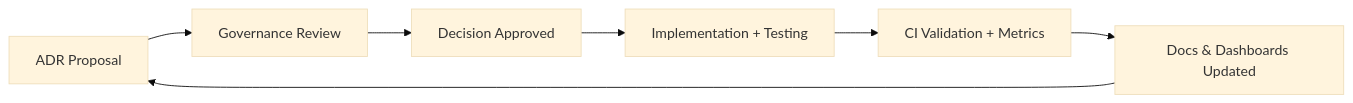
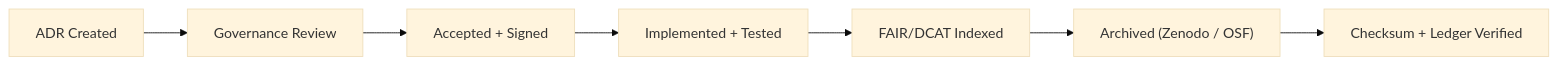
One commit to bartytime4life/Kansas-Frontier-Matrix changed the second of 2 diagrams in docs/design/reviews/architecture/templates/adr_template.md. Above: the diagram before and after it, drawn with Mermaid (base theme). The commit also changed other lines of this file, not shown here.

First line of the commit message:
Revise ADR template to version 2.4.0 with updates

````diff
--- a/docs/design/reviews/architecture/templates/adr_template.md
+++ b/docs/design/reviews/architecture/templates/adr_template.md
@@ -265,9 +392,9 @@
 ```mermaid
 flowchart LR
-  A["ADR Proposal"] --> B["Governance Review"]
-  B --> C["Decision Approved"]
-  C --> D["Implementation + Testing"]
-  D --> E["CI Validation + Metrics"]
-  E --> F["Docs & Dashboards Updated"]
-  F --> A
+  A["ADR Created"] --> B["Governance Review"]
+  B --> C["Accepted + Signed"]
+  C --> D["Implemented + Tested"]
+  D --> E["FAIR/DCAT Indexed"]
+  E --> F["Archived (Zenodo / OSF)"]
+  F --> G["Checksum + Ledger Verified"]
 ```
````
